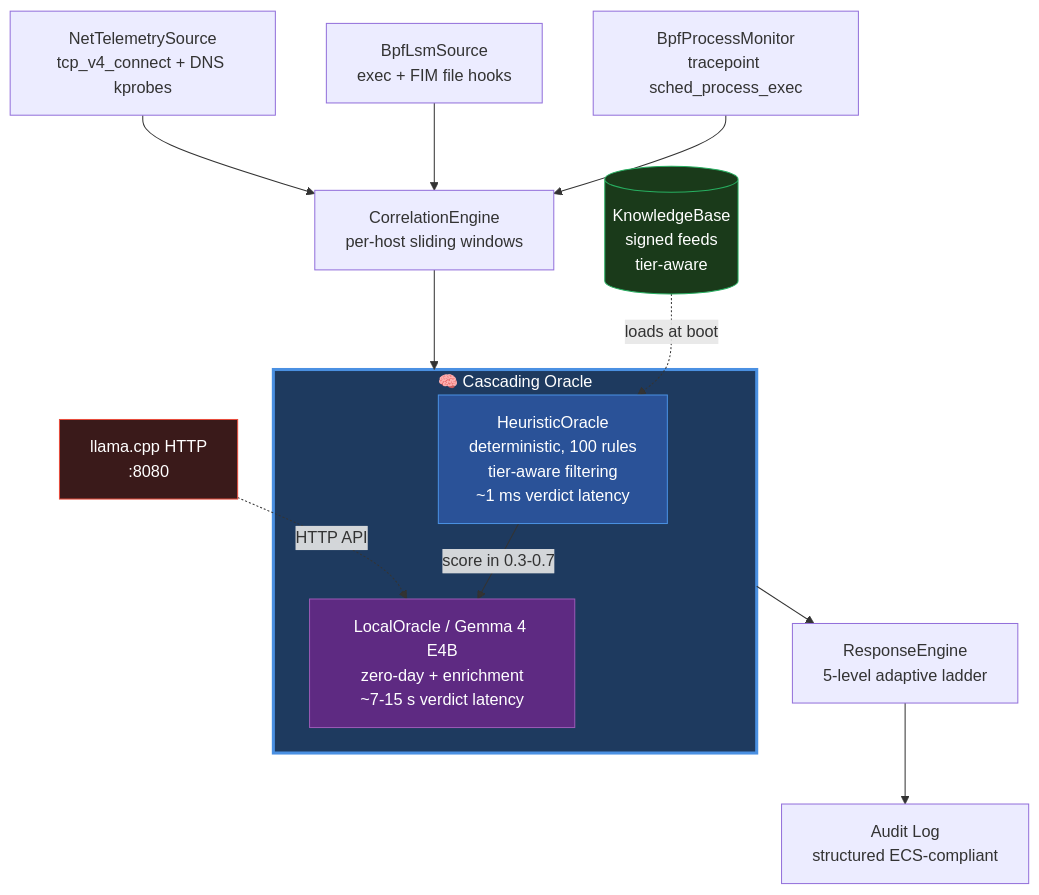
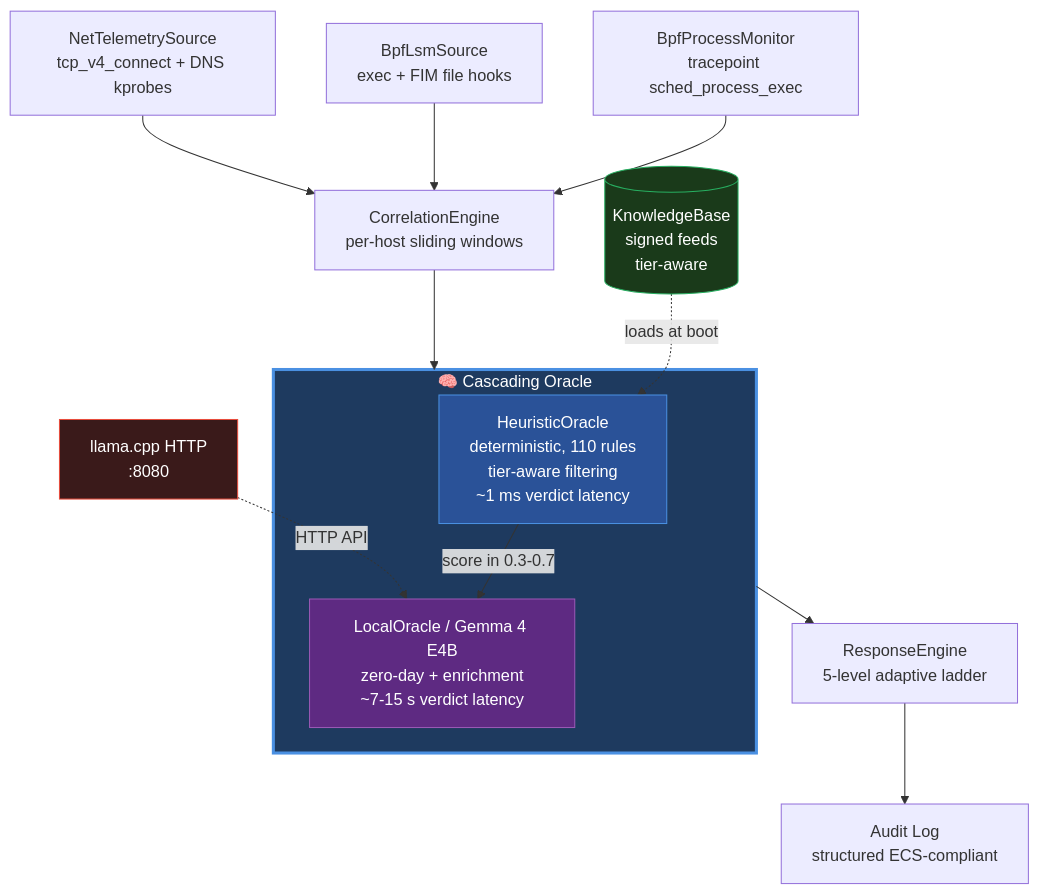
Before and after one commit to nexus-aiedr/nexus-aiedr: the diagram in README.md, drawn with Mermaid. The commit also changed other lines of this file, not shown here.

````diff
--- a/README.md
+++ b/README.md
@@ -56,33 +56,33 @@
 ```mermaid
 flowchart TD
     PM[BpfProcessMonitor<br/>tracepoint sched_process_exec]
     LSM[BpfLsmSource<br/>exec + FIM file hooks]
     NET[NetTelemetrySource<br/>tcp_v4_connect + DNS kprobes]
     CE[CorrelationEngine<br/>per-host sliding windows]
 
     subgraph CO["🧠 Cascading Oracle"]
-        HO[HeuristicOracle<br/>deterministic, 100 rules<br/>tier-aware filtering<br/>~1 ms verdict latency]
+        HO[HeuristicOracle<br/>deterministic, 110 rules<br/>tier-aware filtering<br/>~1 ms verdict latency]
         LO[LocalOracle / Gemma 4 E4B<br/>zero-day + enrichment<br/>~7-15 s verdict latency]
         HO -->|score in 0.3-0.7| LO
     end
 
     KB[(KnowledgeBase<br/>signed feeds<br/>tier-aware)]
     LLM[llama.cpp HTTP<br/>:8080]
     RE[ResponseEngine<br/>5-level adaptive ladder]
     AL[Audit Log<br/>structured ECS-compliant]
 
     PM --> CE
     LSM --> CE
     NET --> CE
     CE --> CO
     KB -.->|loads at boot| HO
     LLM -.->|HTTP API| LO
     CO --> RE
     RE --> AL
 
     style CO fill:#1e3a5f,stroke:#4a90e2,stroke-width:3px,color:#fff
     style HO fill:#2a5298,stroke:#4a90e2,color:#fff
     style LO fill:#5e2a82,stroke:#9b59b6,color:#fff
     style KB fill:#1a3a1a,stroke:#27ae60,color:#fff
     style LLM fill:#3a1a1a,stroke:#e74c3c,color:#fff
 ```
````
